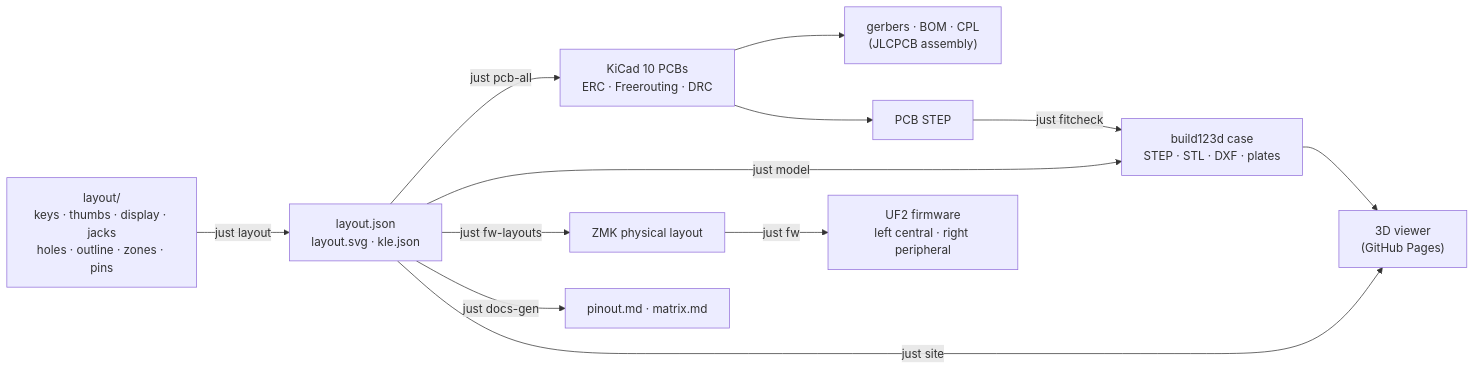
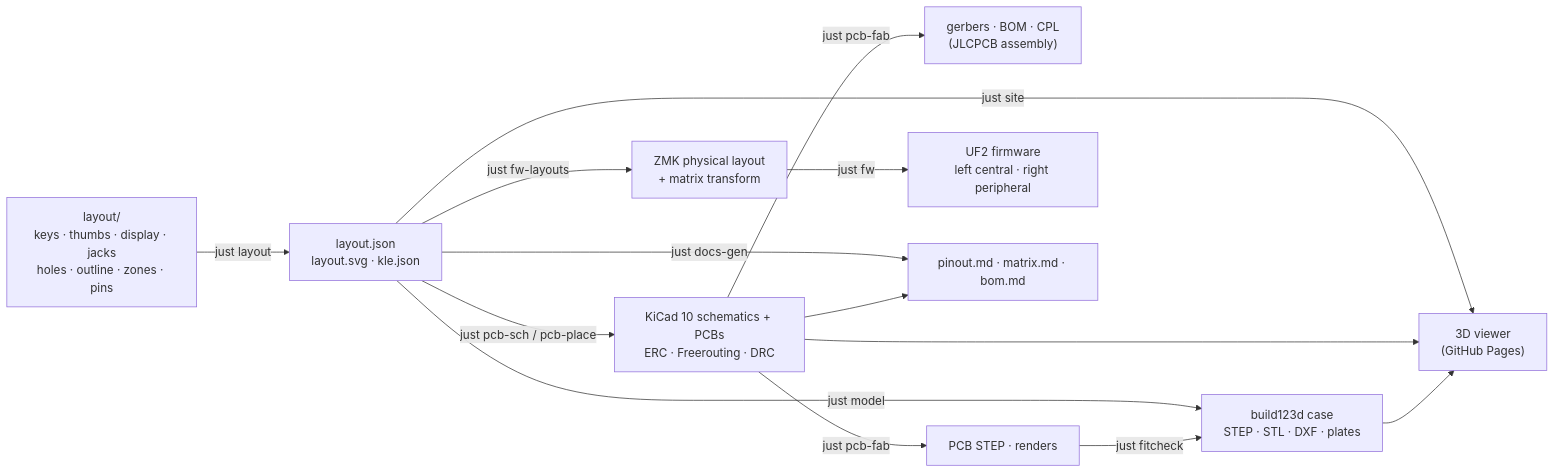
The diagram in README.md (w0rxbend/worxboard), drawn with Mermaid before and after one commit. The commit also changed other lines of this file and 1 other file, not shown here.

````diff
--- a/README.md
+++ b/README.md
@@ -90,14 +102,16 @@
 ```mermaid
 flowchart LR
     L["layout/<br/>keys · thumbs · display · jacks<br/>holes · outline · zones · pins"] -->|just layout| J["layout.json<br/>layout.svg · kle.json"]
-    J -->|just pcb-all| P["KiCad 10 PCBs<br/>ERC · Freerouting · DRC"]
-    P --> F["gerbers · BOM · CPL<br/>(JLCPCB assembly)"]
-    P --> S["PCB STEP"]
+    J -->|just pcb-sch / pcb-place| P["KiCad 10 schematics + PCBs<br/>ERC · Freerouting · DRC"]
+    P -->|just pcb-fab| F["gerbers · BOM · CPL<br/>(JLCPCB assembly)"]
+    P -->|just pcb-fab| S["PCB STEP · renders"]
     J -->|just model| C["build123d case<br/>STEP · STL · DXF · plates"]
     S -->|just fitcheck| C
-    J -->|just fw-layouts| Z["ZMK physical layout"]
+    J -->|just fw-layouts| Z["ZMK physical layout<br/>+ matrix transform"]
     Z -->|just fw| U["UF2 firmware<br/>left central · right peripheral"]
-    J -->|just docs-gen| D["pinout.md · matrix.md"]
+    J -->|just docs-gen| D["pinout.md · matrix.md · bom.md"]
+    P --> D
     J -->|just site| W["3D viewer<br/>(GitHub Pages)"]
+    P --> W
     C --> W
 ```
````
